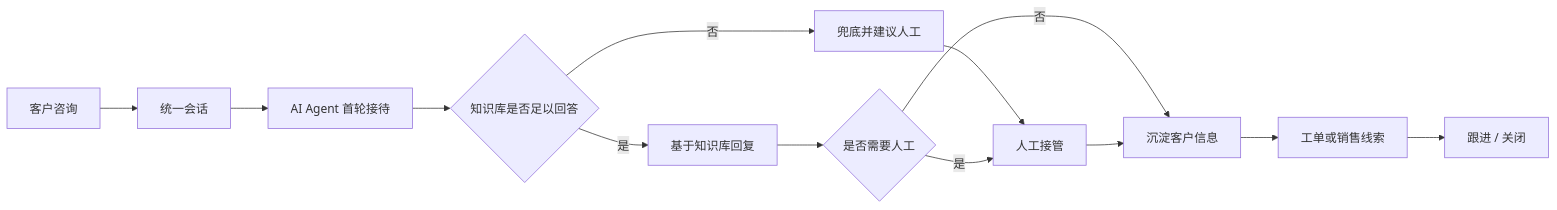
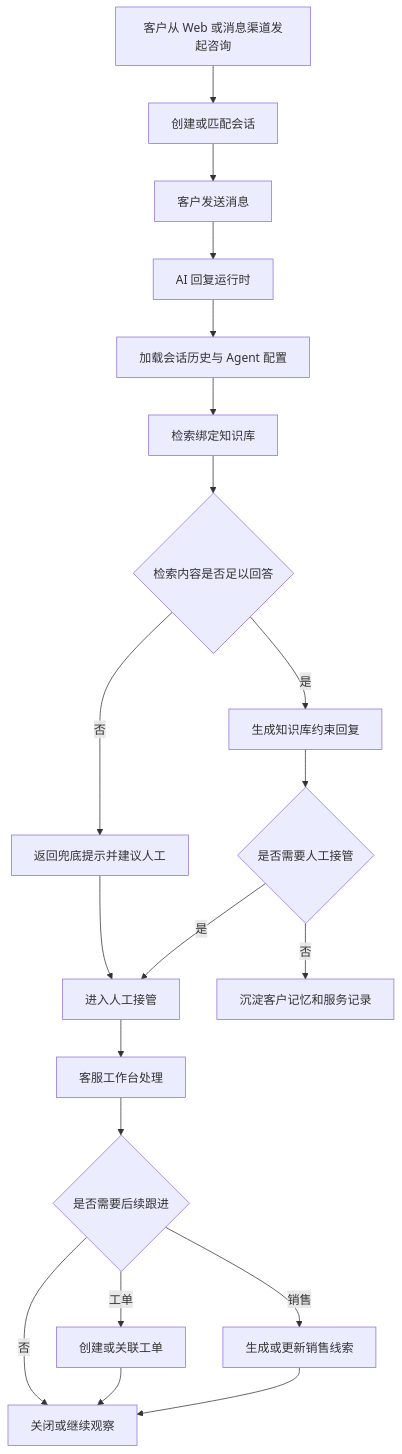
The diagram in README.md (AdS4TN/customer-service-desk), drawn with Mermaid before and after one commit. The commit also changed other lines of this file, not shown here.

````diff
--- a/README.md
+++ b/README.md
@@ -11,15 +189,22 @@
 ```mermaid
-flowchart LR
-  A[客户咨询] --> B[统一会话]
-  B --> C[AI Agent 首轮接待]
-  C --> D{知识库是否足以回答}
-  D -- 是 --> E[基于知识库回复]
-  D -- 否 --> F[兜底并建议人工]
-  E --> G{是否需要人工}
-  F --> H[人工接管]
-  G -- 是 --> H
-  G -- 否 --> I[沉淀客户信息]
-  H --> I
-  I --> J[工单或销售线索]
-  J --> K[跟进 / 关闭]
+flowchart TD
+    A[客户从 Web 或消息渠道发起咨询] --> B[创建或匹配会话]
+    B --> C[客户发送消息]
+    C --> D[AI 回复运行时]
+    D --> E[加载会话历史与 Agent 配置]
+    E --> F[检索绑定知识库]
+    F --> G{检索内容是否足以回答}
+    G -- 否 --> H[返回兜底提示并建议人工]
+    G -- 是 --> I[生成知识库约束回复]
+    I --> J{是否需要人工接管}
+    H --> K[进入人工接管]
+    J -- 是 --> K
+    J -- 否 --> L[沉淀客户记忆和服务记录]
+    K --> M[客服工作台处理]
+    M --> N{是否需要后续跟进}
+    N -- 工单 --> O[创建或关联工单]
+    N -- 销售 --> P[生成或更新销售线索]
+    N -- 否 --> Q[关闭或继续观察]
+    O --> Q
+    P --> Q
 ```
````
